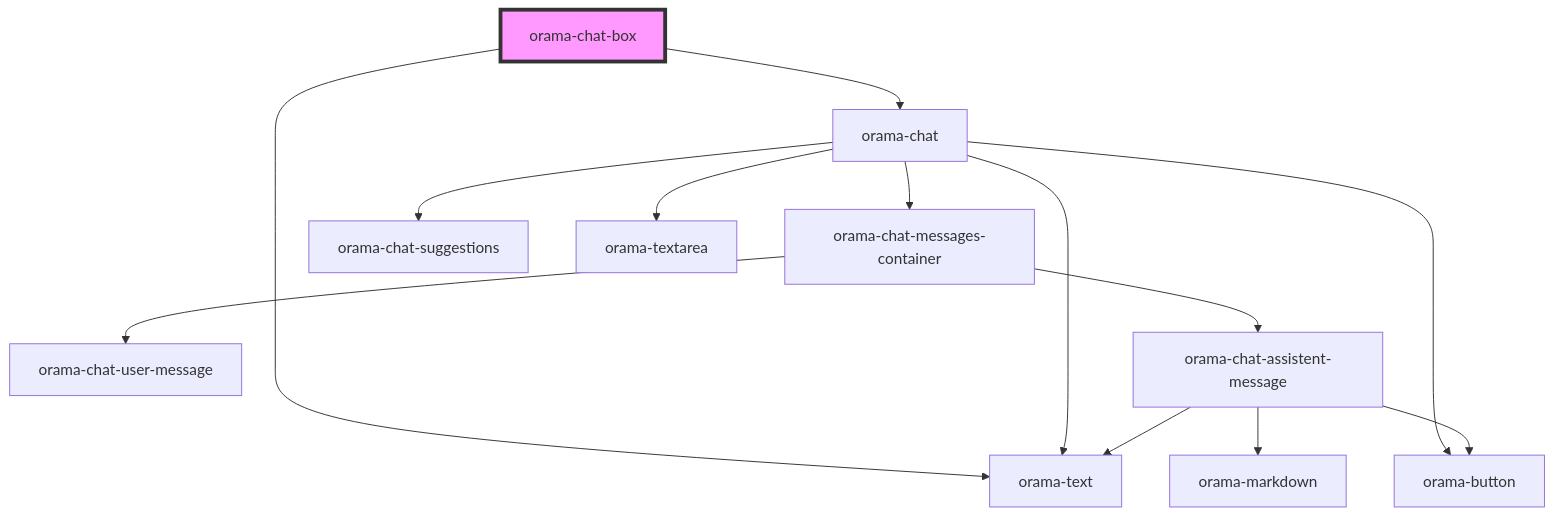
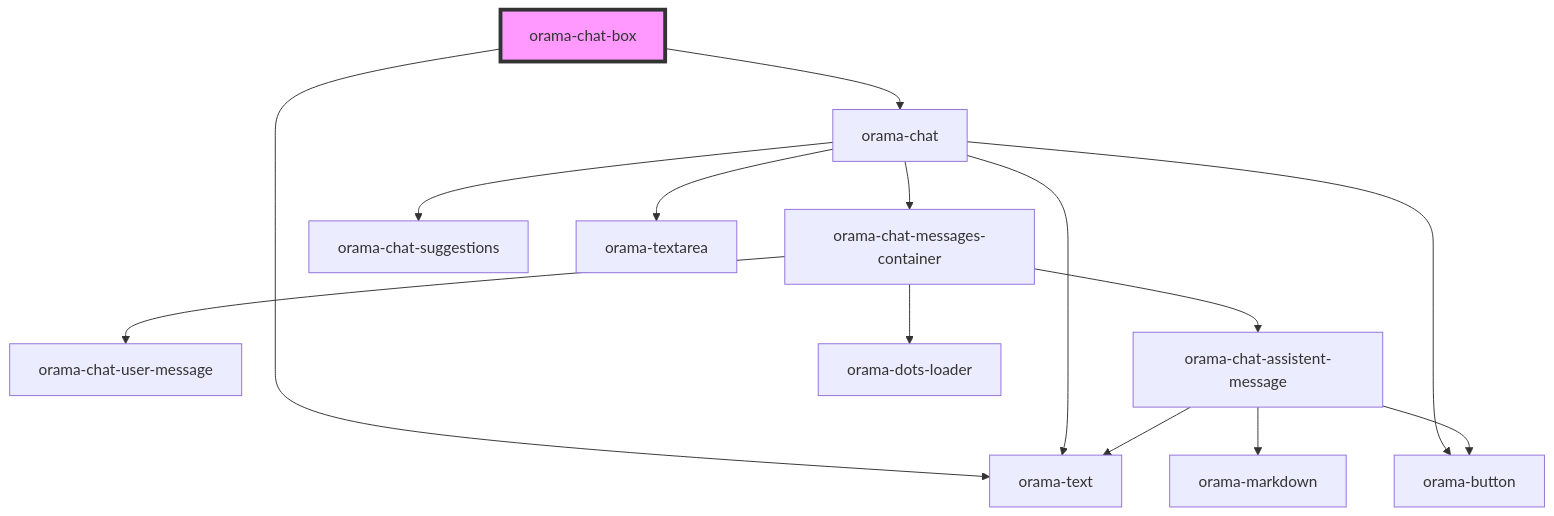
Before and after one commit to askorama/orama-ui-components: the diagram in packages/ui-stencil/src/components/orama-chat-box/readme.md, drawn with Mermaid. The commit also changed 17 other files, not shown here.

Commit message:
feat: add dots loader

````diff
--- a/packages/ui-stencil/src/components/orama-chat-box/readme.md
+++ b/packages/ui-stencil/src/components/orama-chat-box/readme.md
@@ -23,16 +23,17 @@
 ```mermaid
 graph TD;
   orama-chat-box --> orama-text
   orama-chat-box --> orama-chat
   orama-chat --> orama-chat-messages-container
   orama-chat --> orama-chat-suggestions
   orama-chat --> orama-textarea
   orama-chat --> orama-button
   orama-chat --> orama-text
   orama-chat-messages-container --> orama-chat-user-message
   orama-chat-messages-container --> orama-chat-assistent-message
+  orama-chat-messages-container --> orama-dots-loader
   orama-chat-assistent-message --> orama-markdown
   orama-chat-assistent-message --> orama-button
   orama-chat-assistent-message --> orama-text
   style orama-chat-box fill:#f9f,stroke:#333,stroke-width:4px
 ```
````
